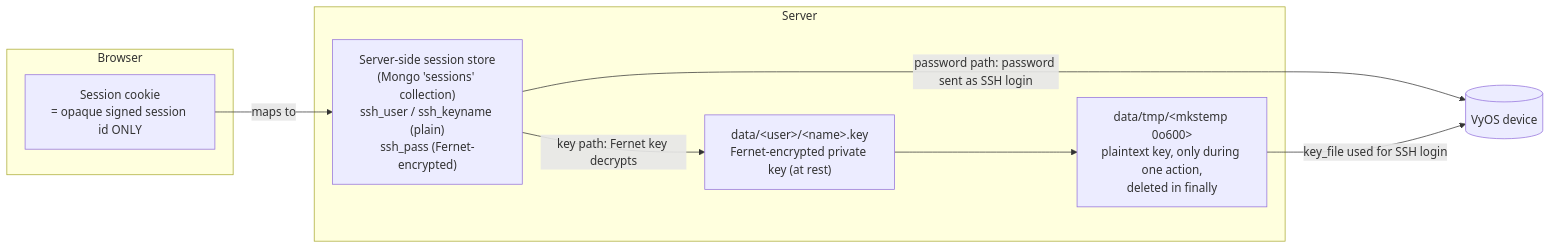
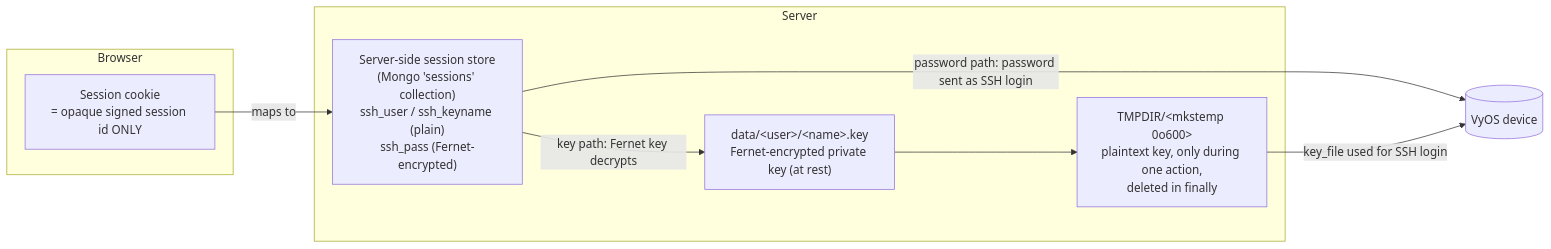
Before and after one commit to ibehren1/fw-gui: the fifth of 5 diagrams in docs/ssh-credential-handling.md, drawn with Mermaid. The commit also changed other lines of this file and 5 other files, not shown here.

````diff
--- a/docs/ssh-credential-handling.md
+++ b/docs/ssh-credential-handling.md
@@ -252,18 +278,18 @@
 ```mermaid
 flowchart LR
     subgraph Browser
       Cookie["Session cookie<br/>= opaque signed session id ONLY"]
     end
     subgraph Server
       Sess["Server-side session store<br/>(Mongo 'sessions' collection)<br/>ssh_user / ssh_keyname (plain)<br/>ssh_pass (Fernet-encrypted)"]
       KeyFile["data/&lt;user&gt;/&lt;name&gt;.key<br/>Fernet-encrypted private key (at rest)"]
-      Tmp["data/tmp/&lt;mkstemp 0o600&gt;<br/>plaintext key, only during one action,<br/>deleted in finally"]
+      Tmp["TMPDIR/&lt;mkstemp 0o600&gt;<br/>plaintext key, only during one action,<br/>deleted in finally"]
     end
     Device[("VyOS device")]
 
     Cookie -->|maps to| Sess
     Sess -->|password path: password sent as SSH login| Device
     Sess -->|key path: Fernet key decrypts| KeyFile
     KeyFile --> Tmp
     Tmp -->|key_file used for SSH login| Device
 ```
````
